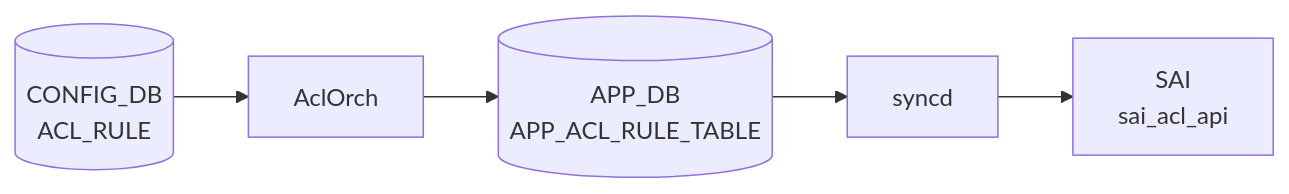
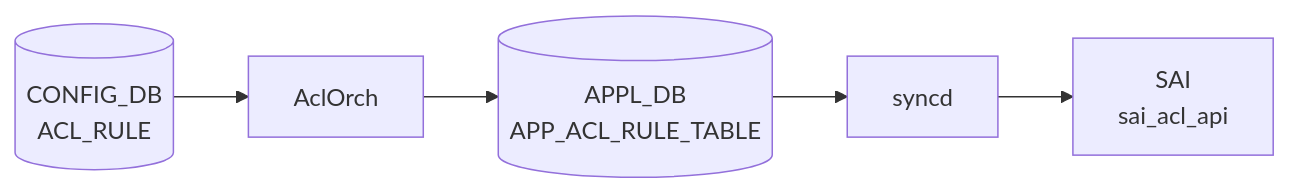
The diagram in docs/reference/config-db/acl-rule.md (aoki-taquan/sonic-unofficial-docs), drawn with Mermaid before and after one commit. The commit also changed 91 other files, not shown here.

First line of the commit message:
fix(review-067): APP_DB→APPL_DB in mermaid labels; exclude APPL_DB pages from auto-gen

````diff
--- a/docs/reference/config-db/acl-rule.md
+++ b/docs/reference/config-db/acl-rule.md
@@ -37,12 +37,12 @@
 ```mermaid
 flowchart LR
   CDB[("CONFIG_DB<br/>ACL_RULE")]
   DM["AclOrch"]
   CDB --> DM
-  APPDB[("APP_DB<br/>APP_ACL_RULE_TABLE")]
+  APPDB[("APPL_DB<br/>APP_ACL_RULE_TABLE")]
   DM --> APPDB
   SYNCD["syncd"]
   APPDB --> SYNCD
   SAI["SAI<br/>sai_acl_api"]
   SYNCD --> SAI
 ```
````
